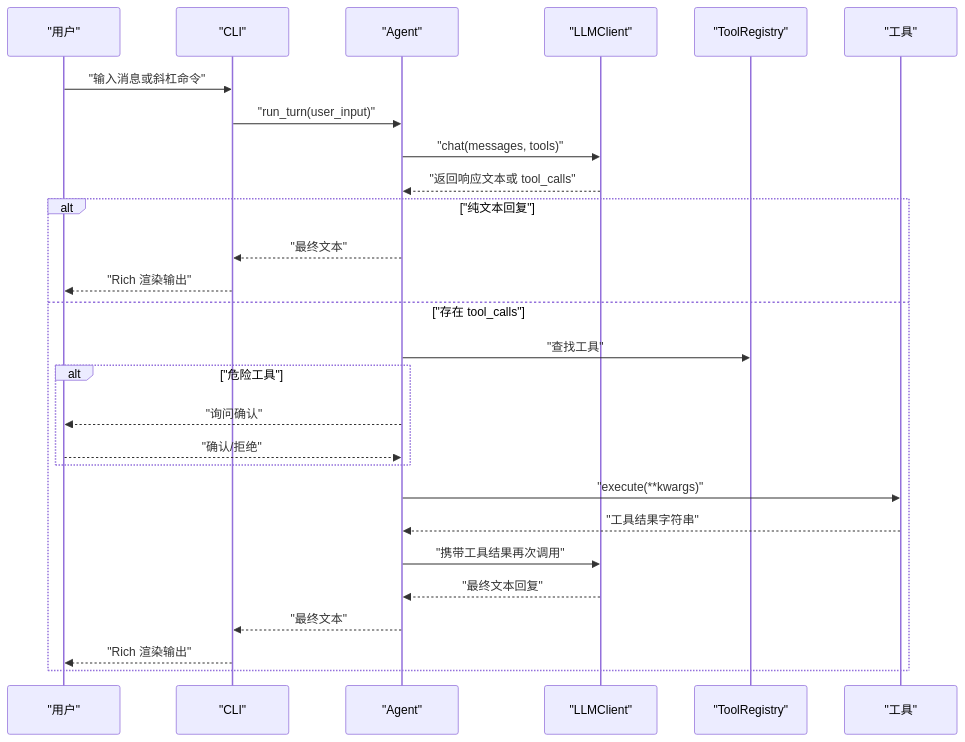
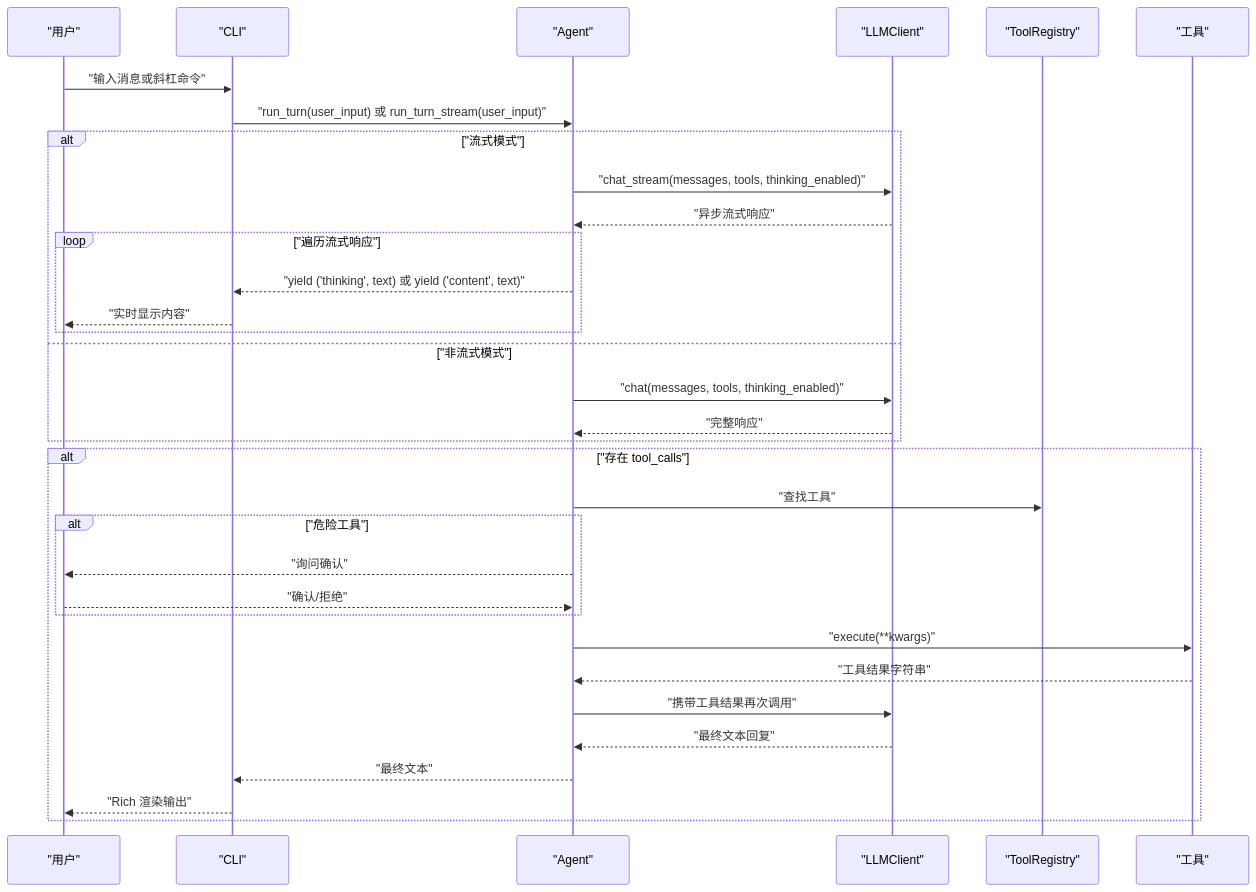
Before and after one commit to 250shiwo/MySmallAgent: the third of 5 diagrams in .qoder/repowiki/zh/content/快速开始.md, drawn with Mermaid. The commit also changed other lines of this file and 34 other files, not shown here.

````diff
--- a/.qoder/repowiki/zh/content/快速开始.md
+++ b/.qoder/repowiki/zh/content/快速开始.md
@@ -173,29 +249,35 @@
 ```mermaid
 sequenceDiagram
 participant U as "用户"
 participant CLI as "CLI"
 participant AG as "Agent"
 participant LLM as "LLMClient"
 participant REG as "ToolRegistry"
 participant T as "工具"
 U->>CLI : "输入消息或斜杠命令"
-CLI->>AG : "run_turn(user_input)"
-AG->>LLM : "chat(messages, tools)"
-LLM-->>AG : "返回响应文本或 tool_calls"
-alt "纯文本回复"
-AG-->>CLI : "最终文本"
-CLI-->>U : "Rich 渲染输出"
-else "存在 tool_calls"
+CLI->>AG : "run_turn(user_input) 或 run_turn_stream(user_input)"
+alt "流式模式"
+AG->>LLM : "chat_stream(messages, tools, thinking_enabled)"
+LLM-->>AG : "异步流式响应"
+loop "遍历流式响应"
+AG-->>CLI : "yield ('thinking', text) 或 yield ('content', text)"
+CLI-->>U : "实时显示内容"
+end
+else "非流式模式"
+AG->>LLM : "chat(messages, tools, thinking_enabled)"
+LLM-->>AG : "完整响应"
+end
+alt "存在 tool_calls"
 AG->>REG : "查找工具"
 alt "危险工具"
 AG-->>U : "询问确认"
 U-->>AG : "确认/拒绝"
 end
 AG->>T : "execute(**kwargs)"
 T-->>AG : "工具结果字符串"
 AG->>LLM : "携带工具结果再次调用"
 LLM-->>AG : "最终文本回复"
 AG-->>CLI : "最终文本"
 CLI-->>U : "Rich 渲染输出"
 end
 ```
````
